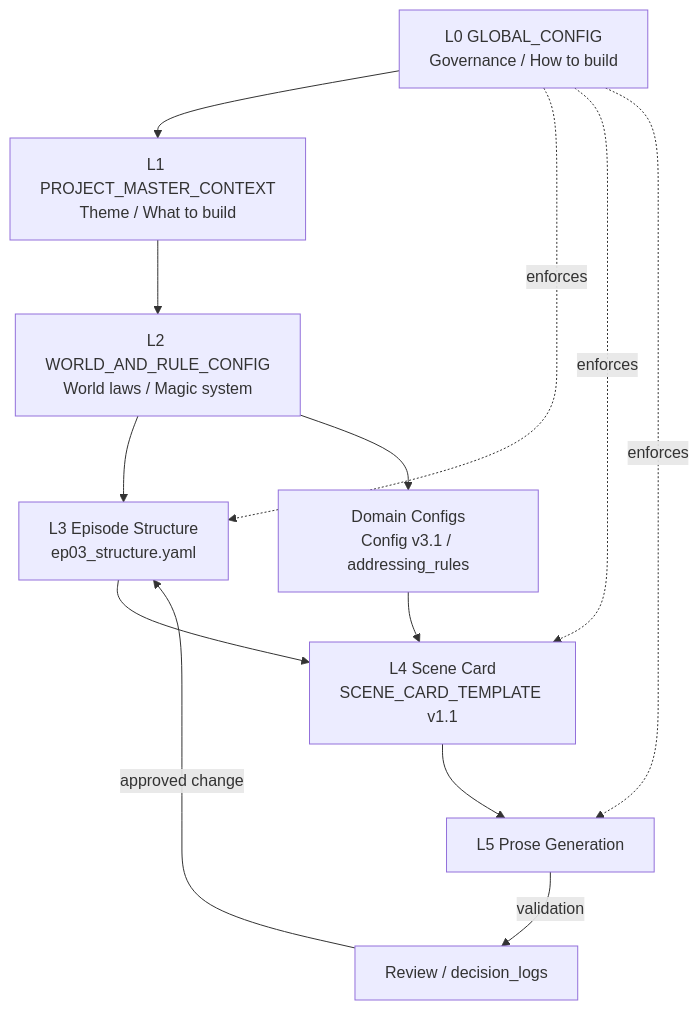
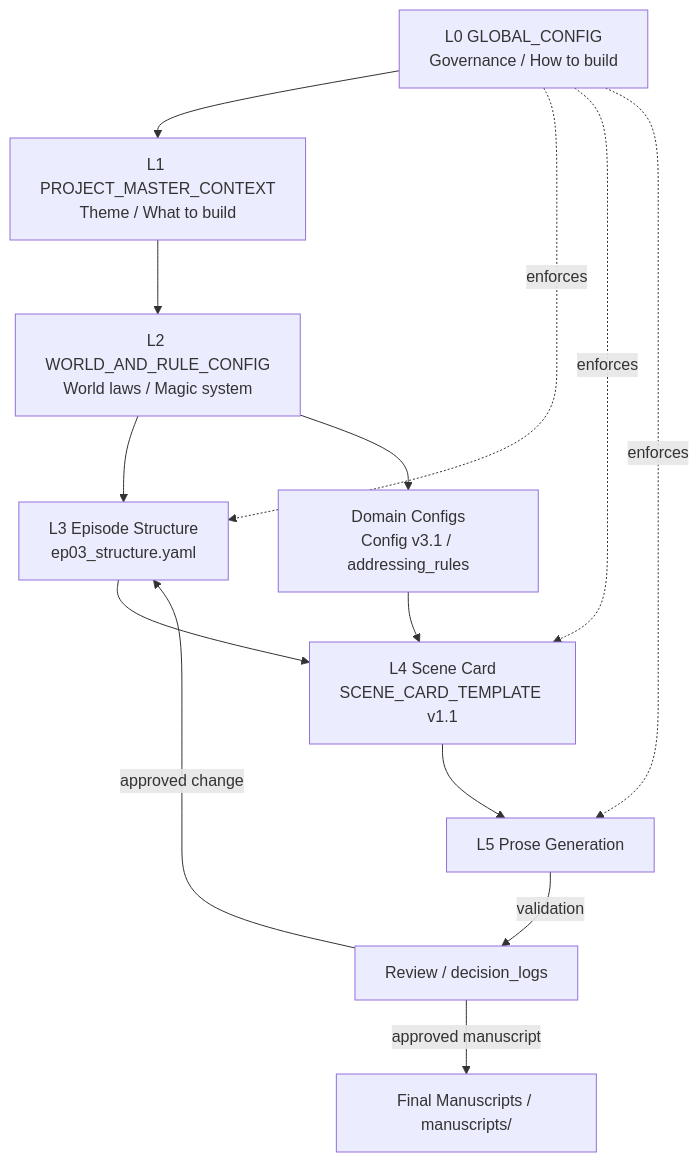
One commit to tokyoscarecrow/kannagi-diary-devlog changed the diagram in README.md. Above: the diagram before and after it, drawn with Mermaid. The commit also changed other lines of this file and 5 other files, not shown here.

````diff
--- a/README.md
+++ b/README.md
@@ -36,20 +36,21 @@
 ```mermaid
 flowchart TD
     L0["L0 GLOBAL_CONFIG<br/>Governance / How to build"]
     L1["L1 PROJECT_MASTER_CONTEXT<br/>Theme / What to build"]
     L2["L2 WORLD_AND_RULE_CONFIG<br/>World laws / Magic system"]
     L3["L3 Episode Structure<br/>ep03_structure.yaml"]
     L4["L4 Scene Card<br/>SCENE_CARD_TEMPLATE v1.1"]
     L5["L5 Prose Generation"]
 
     L0 --> L1 --> L2 --> L3 --> L4 --> L5
     L0 -.enforces.-> L3
     L0 -.enforces.-> L4
     L0 -.enforces.-> L5
 
     C["Domain Configs<br/>Config v3.1 / addressing_rules"] --> L4
     L2 --> C
 
     L5 -->|validation| R["Review / decision_logs"]
     R -->|approved change| L3
+    R -->|approved manuscript| M["Final Manuscripts / manuscripts/"]
 ```
````
